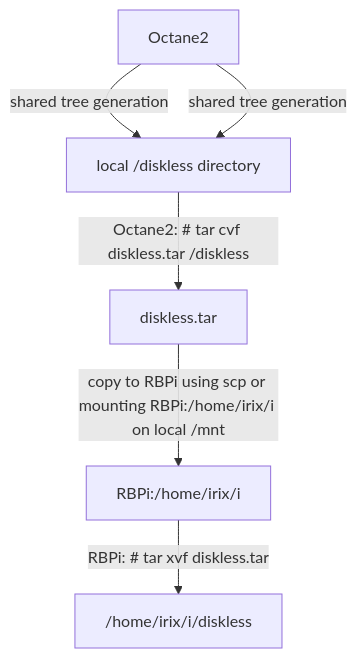
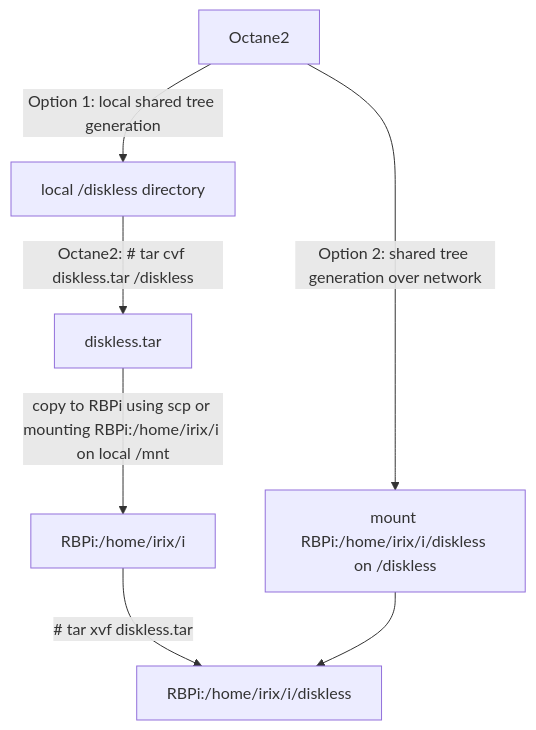
The first of 3 diagrams in README.md (Linux-RISC/IRIX-diskless-workstation), drawn with Mermaid before and after one commit. The commit also changed other lines of this file, not shown here.

````diff
--- a/README.md
+++ b/README.md
@@ -25,6 +25,6 @@
 ```mermaid
 graph TD;
-    Octane2--shared tree generation-->B[local /diskless directory]--Octane2: # tar cvf diskless.tar /diskless-->diskless.tar;
-    diskless.tar--copy to RBPi using scp or mounting RBPi:/home/irix/i on local /mnt-->RBPi:/home/irix/i--RBPi: # tar xvf diskless.tar-->/home/irix/i/diskless;
-   Octane2--shared tree generation-->B[local /diskless directory];
+    Octane2--Option 1: local shared tree generation-->B[local /diskless directory]--Octane2: # tar cvf diskless.tar /diskless-->diskless.tar;
+    diskless.tar--copy to RBPi using scp or mounting RBPi:/home/irix/i on local /mnt-->RBPi:/home/irix/i--# tar xvf diskless.tar-->RBPi:/home/irix/i/diskless;
+   Octane2--Option 2: shared tree generation over network-->J[mount RBPi:/home/irix/i/diskless on /diskless]-->RBPi:/home/irix/i/diskless;
 ```
````
